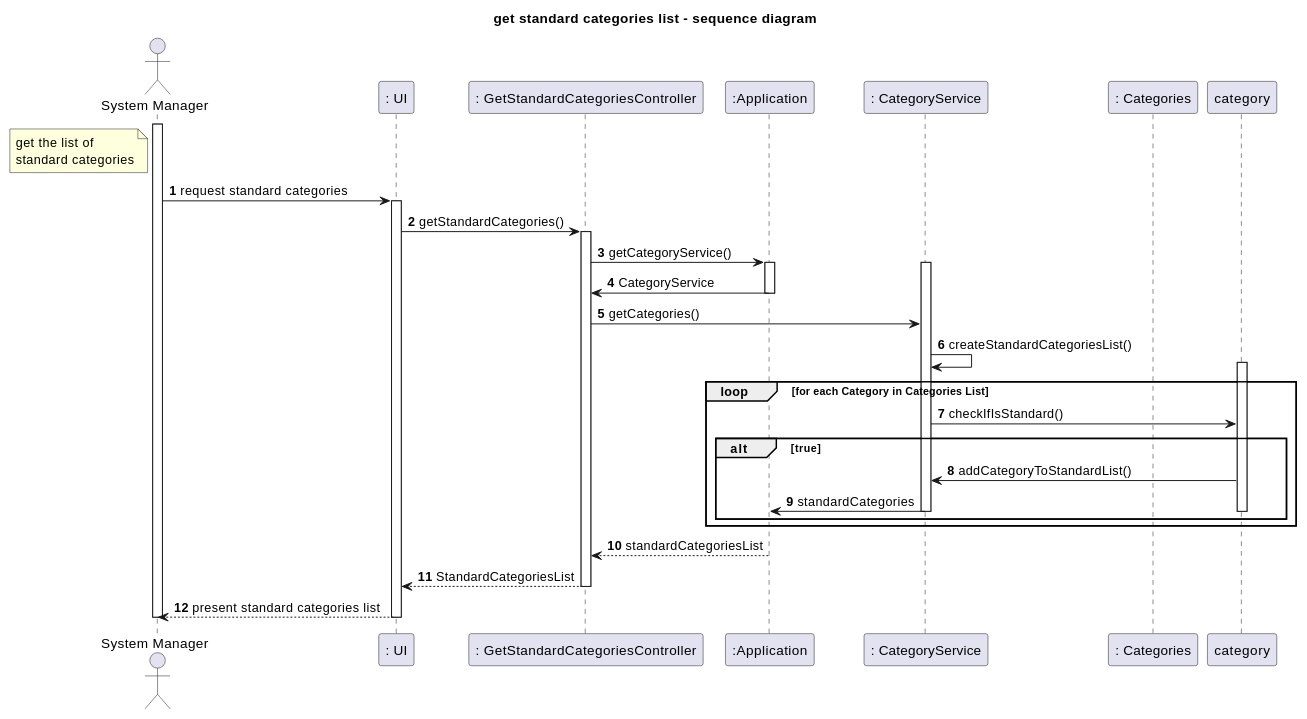
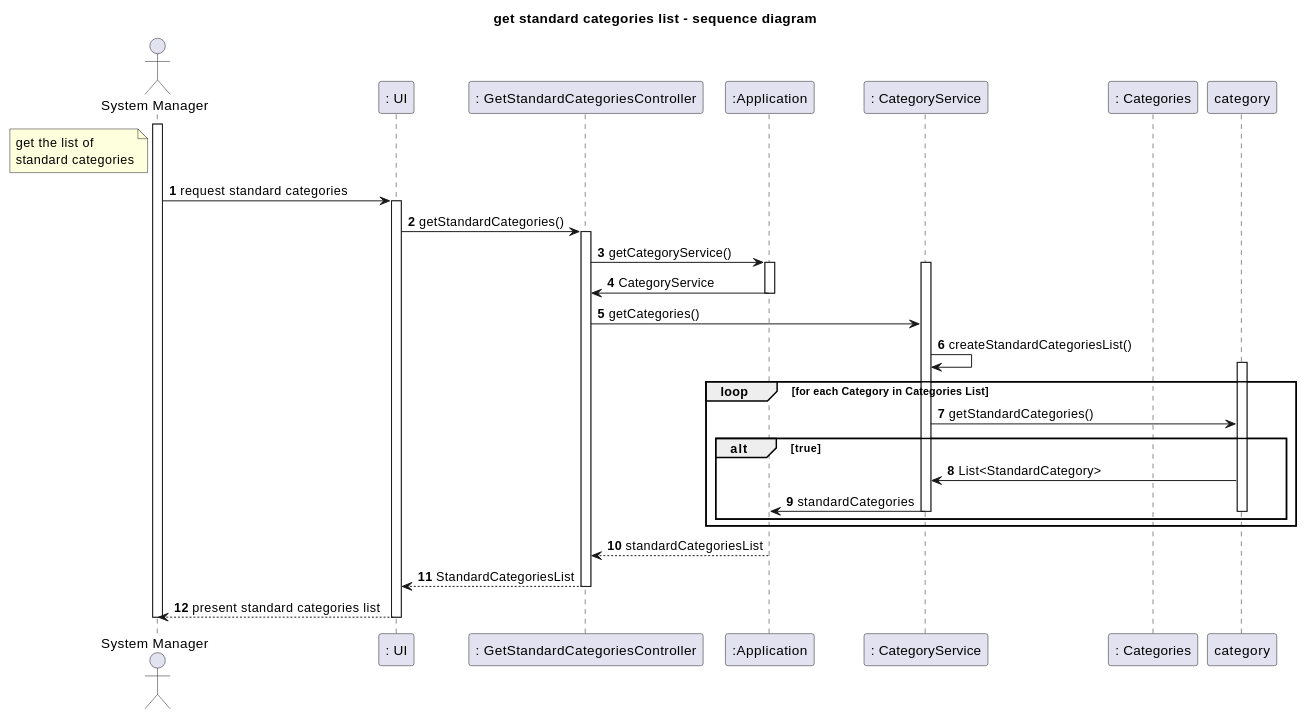
The first of 2 diagrams in docs/US002_GetStandardCategories.md (tomas-osswald/switch_2020_g3), drawn with PlantUML before and after one commit. The commit also changed other lines of this file and 8 other files, not shown here.

`````diff
--- a/docs/US002_GetStandardCategories.md
+++ b/docs/US002_GetStandardCategories.md
@@ -32,42 +32,42 @@
 ````puml
 autonumber
 title get standard categories list - sequence diagram
 actor "System Manager" as systemManager
 participant ": UI" as ui
 participant ": GetStandardCategoriesController" as controller
 participant ":Application" as app
 participant ": CategoryService" as service
 participant ": Categories" as list
 note left of systemManager:  get the list of \nstandard categories
 activate systemManager
 systemManager -> ui : request standard categories
 activate ui
 ui -> controller : getStandardCategories()
 activate controller
 controller -> app : getCategoryService()
 activate app
 activate service
 app -> controller : CategoryService
 deactivate app
 controller -> service : getCategories()
 service -> service : createStandardCategoriesList()
 activate category
 loop for each Category in Categories List
-service -> category : checkIfIsStandard()
+service -> category : getStandardCategories()
 alt true
-category -> service : addCategoryToStandardList()
+category -> service : List<StandardCategory>
 service -> app : standardCategories
 deactivate service
 deactivate category
 end
 end
 
 app --> controller : standardCategoriesList
 deactivate app
 controller --> ui :StandardCategoriesList
 deactivate controller
 ui --> systemManager : present standard categories list
 deactivate ui
 deactivate systemManager
 @enduml
 ````
`````
